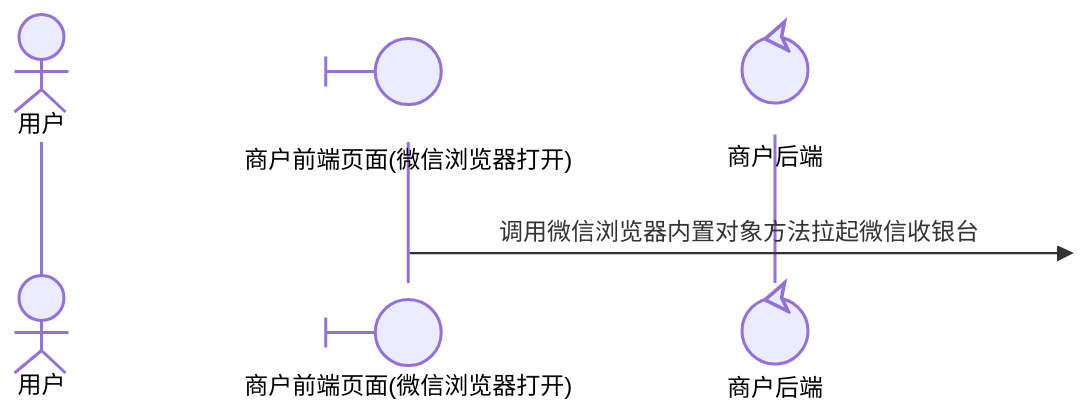
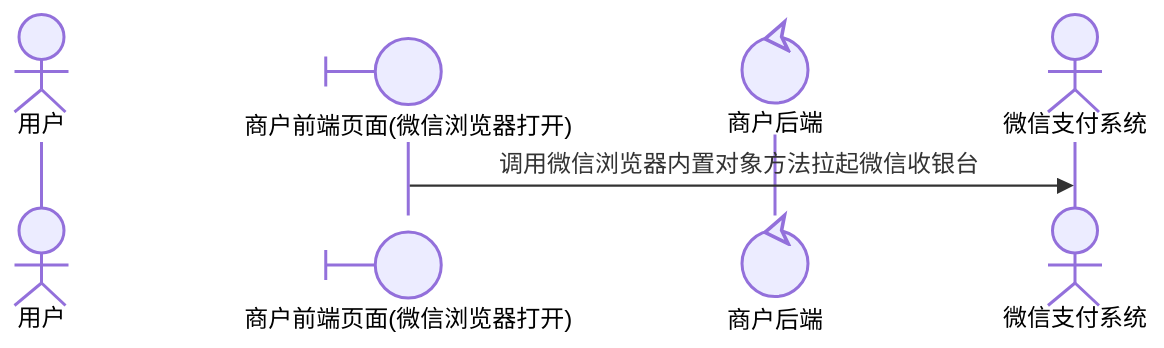
One commit to minibear2021/wechatpay_docs changed the second of 4 diagrams in docs/merchant/pages/4012791870.md. Above: the diagram before and after it, drawn with Mermaid. The commit also changed other lines of this file and 18 other files, not shown here.

````diff
--- a/docs/merchant/pages/4012791870.md
+++ b/docs/merchant/pages/4012791870.md
@@ -57,15 +90,9 @@
 ```mermaid
-%%{init: {
-  "sequence": {
-    "height":110,
-    "messageMargin":45
-  }
-}}%%
 sequenceDiagram
     actor User as 用户
     participant Mch@{ type: boundary } as 商户前端页面(微信浏览器打开)
     participant Mch2@{ type: control } as 商户后端
-    participant WxPay@{ type: secondaryActor } as 微信支付系统
+    participant WxPay@{ type: actor, xwattType: secondaryActor } as 微信支付系统
 
 	Mch->>WxPay: 调用微信浏览器内置对象方法拉起微信收银台
 ```
````
